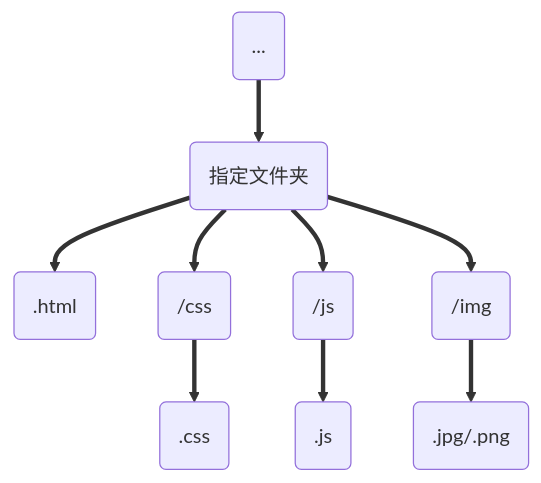
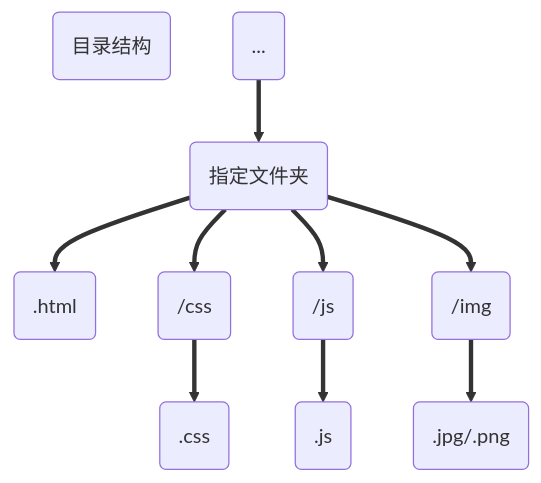
The second of 3 diagrams in readme.md (kip234/ToySpider), drawn with Mermaid before and after one commit. The commit also changed other lines of this file and 9 other files, not shown here.

````diff
--- a/readme.md
+++ b/readme.md
@@ -68,8 +136,9 @@
 ```mermaid
 graph TD
+A(目录结构)
 /(...)
 /==>ROOT(指定文件夹)==>html(.html)
 ROOT==>CSS(/css)==>css(.css)
 ROOT==>JS(/js)==>js(.js)
 ROOT==>IMG(/img)==>img(.jpg/.png)
 ```
````
